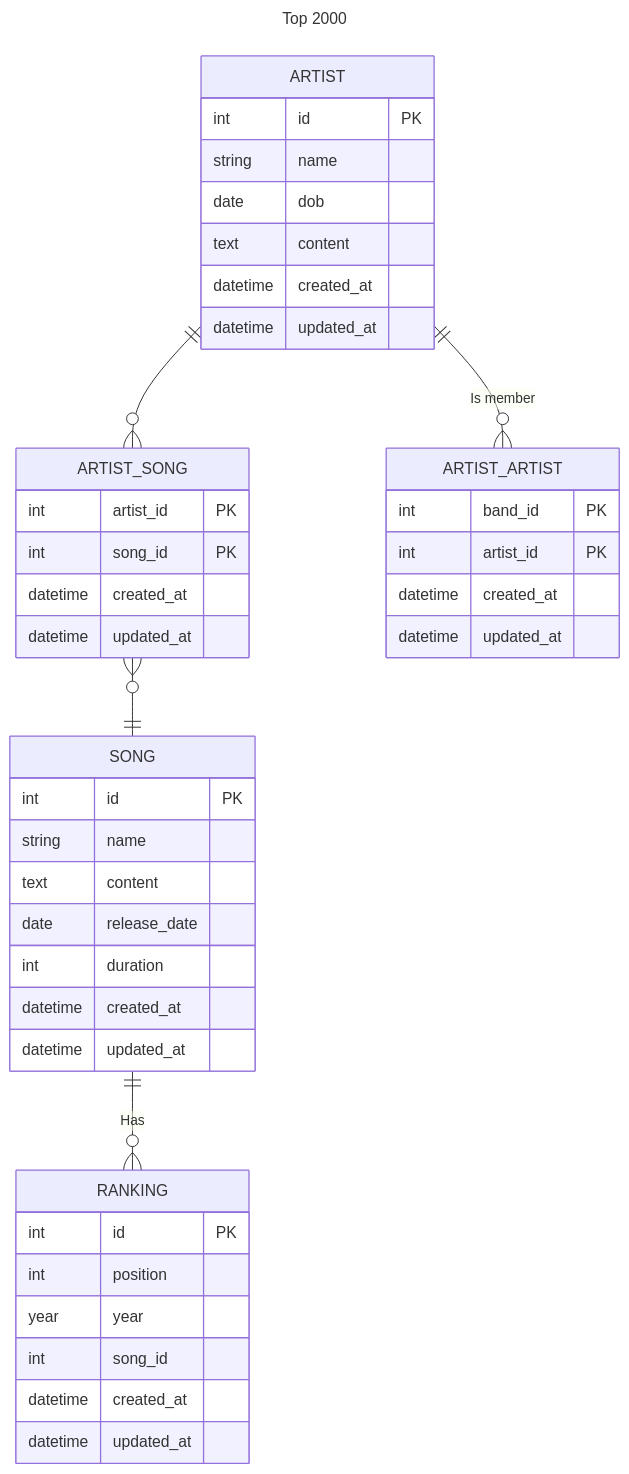
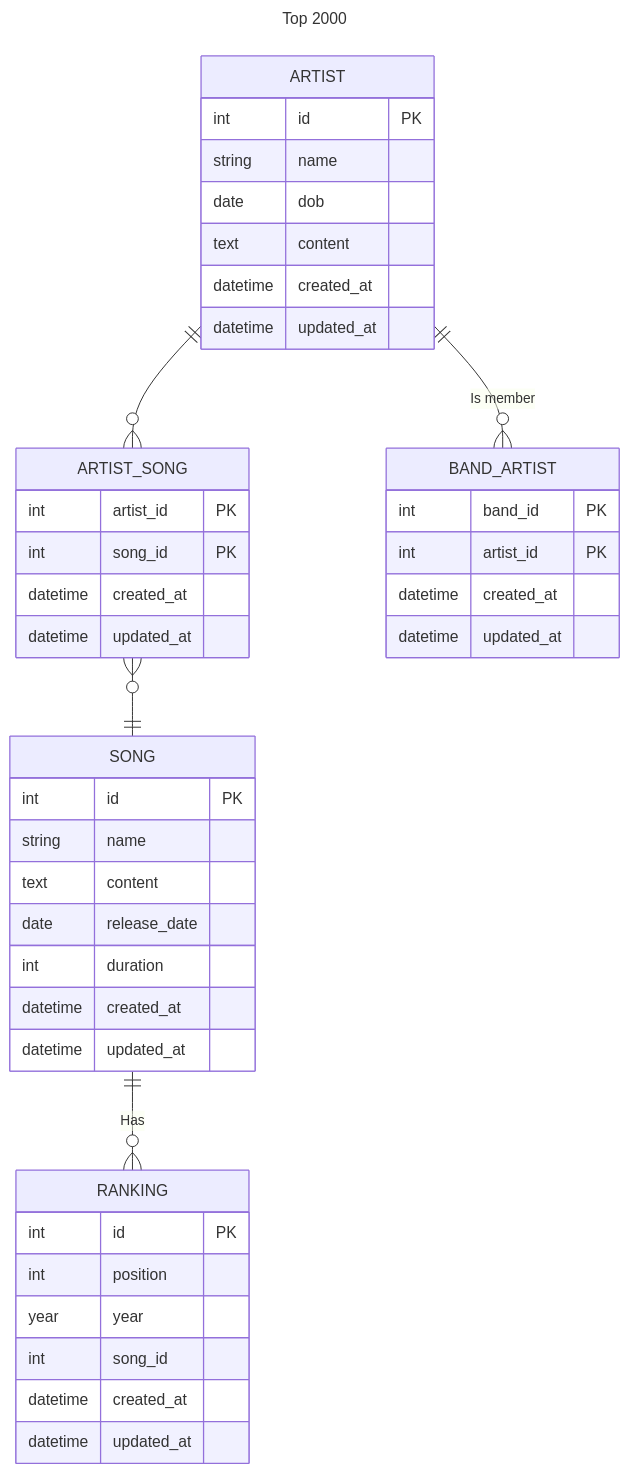
The diagram in docs/ERD.md (stevenemr/top2000), drawn with Mermaid before and after one commit. The commit also changed 2 other files, not shown here.

Commit message:
Add members and isBand helper for artists that are bands. - Rename `artist_artist` to `band_artist`

````diff
--- a/docs/ERD.md
+++ b/docs/ERD.md
@@ -3,53 +3,53 @@
 ```mermaid
 ---
 title: Top 2000
 ---
 erDiagram
     ARTIST ||--o{ ARTIST_SONG : ""
-    ARTIST ||--o{ ARTIST_ARTIST : "Is member"
+    ARTIST ||--o{ BAND_ARTIST : "Is member"
     ARTIST_SONG }o--|| SONG : ""
     SONG ||--o{ RANKING : "Has"
 
     ARTIST {
         int id PK
         string name
         date dob
         text content
         datetime created_at
         datetime updated_at
     }
 
     %% If the artist is a band, the members can be added here
-    ARTIST_ARTIST {
+    BAND_ARTIST {
         int band_id PK
         int artist_id PK
         datetime created_at
         datetime updated_at
     }
 
     ARTIST_SONG {
         int artist_id PK
         int song_id PK
         datetime created_at
         datetime updated_at
     }
 
     SONG {
         int id PK
         string name
         text content
         date release_date
         int duration
         datetime created_at
         datetime updated_at
     }
 
     RANKING {
         int id PK
         int position
         year year
         int song_id
         datetime created_at
         datetime updated_at
     }
 ```
````
